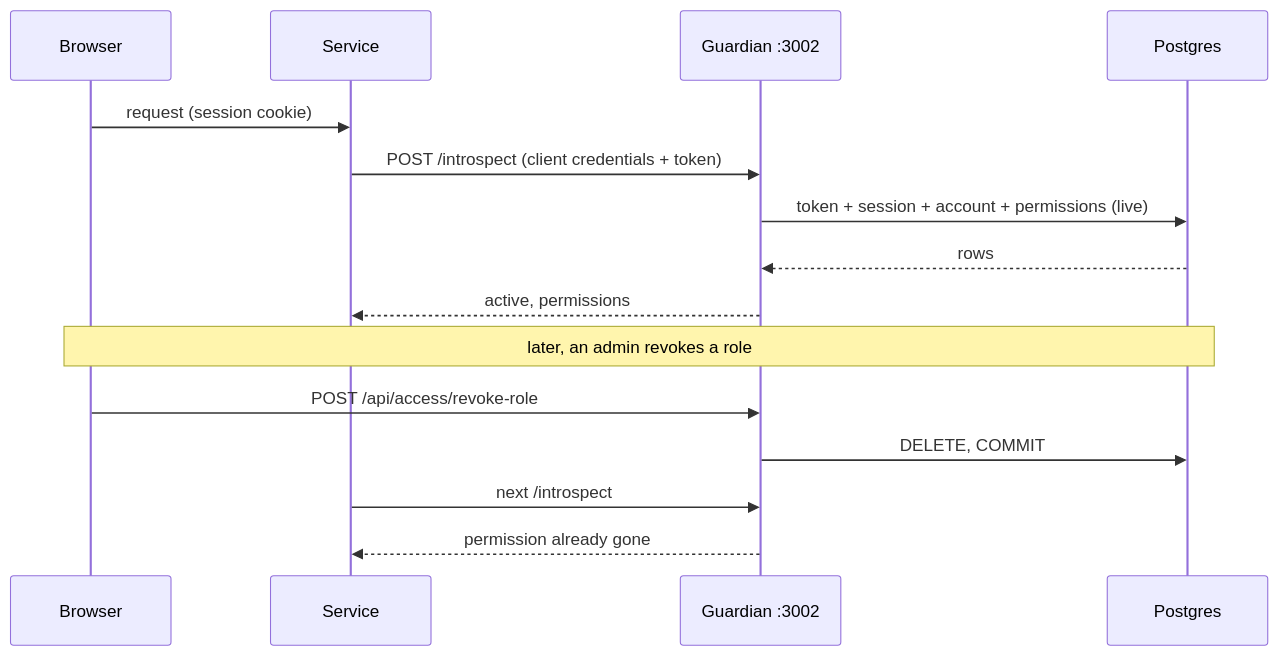
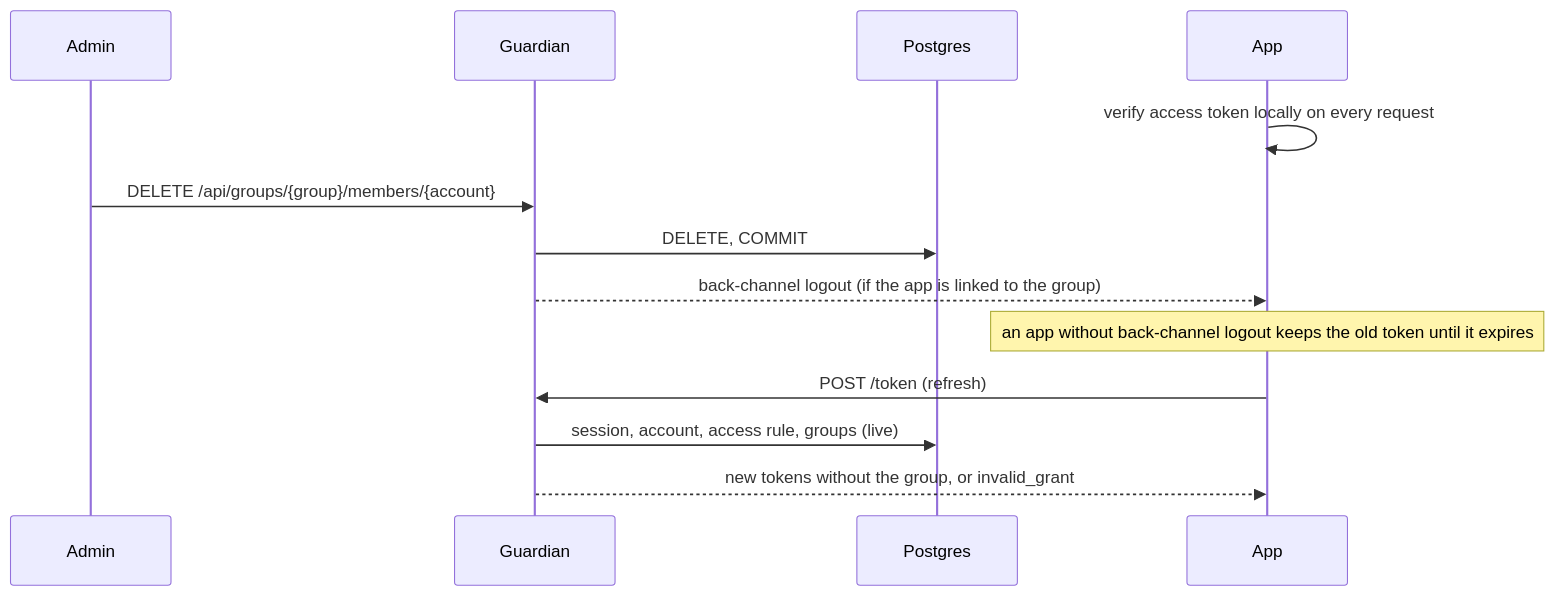
One commit to Krysset/Guardian changed the third of 4 diagrams in docs/ARCHITECTURE.md. Above: the diagram before and after it, drawn with Mermaid. The commit also changed other lines of this file and 43 other files, not shown here.

````diff
--- a/docs/ARCHITECTURE.md
+++ b/docs/ARCHITECTURE.md
@@ -87,17 +97,15 @@
 ```mermaid
 sequenceDiagram
-  participant B as Browser
-  participant A as Service
-  participant G as Guardian :3002
+  participant Ad as Admin
+  participant G as Guardian
   participant D as Postgres
-  B->>A: request (session cookie)
-  A->>G: POST /introspect (client credentials + token)
-  G->>D: token + session + account + permissions (live)
-  D-->>G: rows
-  G-->>A: active, permissions
-  Note over B,D: later, an admin revokes a role
-  B->>G: POST /api/access/revoke-role
+  participant A as App
+  A->>A: verify access token locally on every request
+  Ad->>G: DELETE /api/groups/{group}/members/{account}
   G->>D: DELETE, COMMIT
-  A->>G: next /introspect
-  G-->>A: permission already gone
+  G-->>A: back-channel logout (if the app is linked to the group)
+  Note over A: an app without back-channel logout keeps the old token until it expires
+  A->>G: POST /token (refresh)
+  G->>D: session, account, access rule, groups (live)
+  G-->>A: new tokens without the group, or invalid_grant
 ```
````
